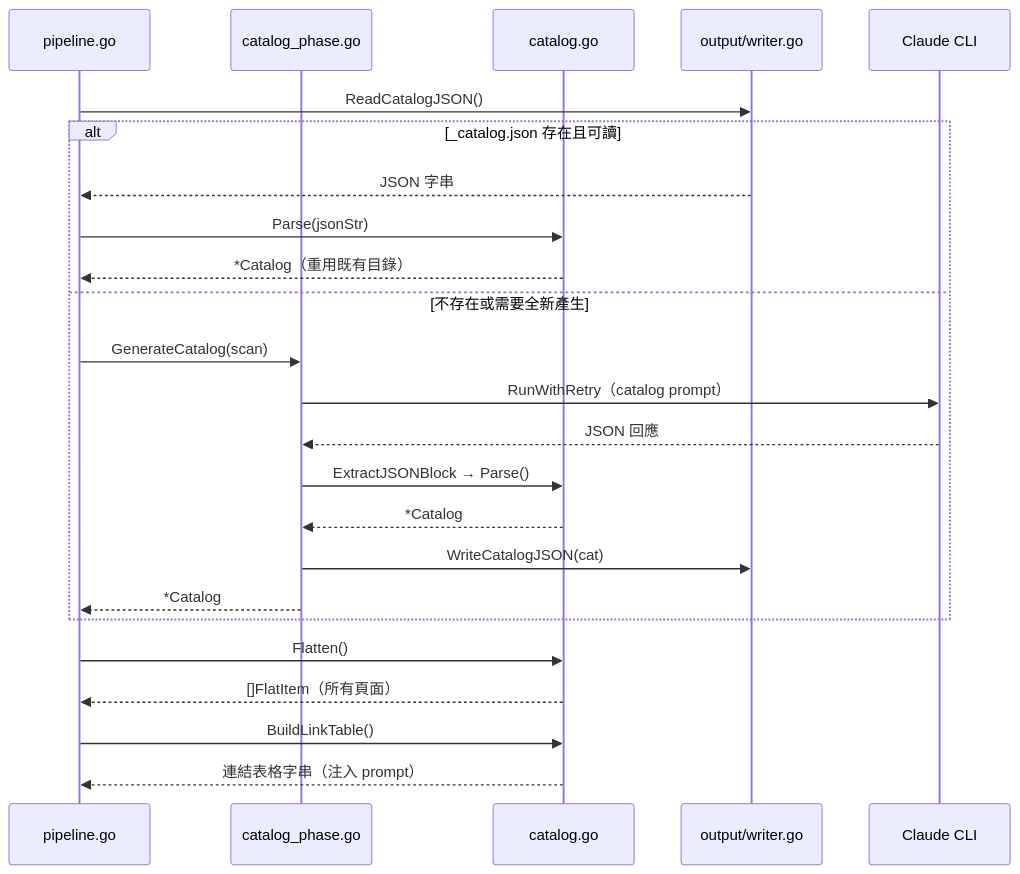
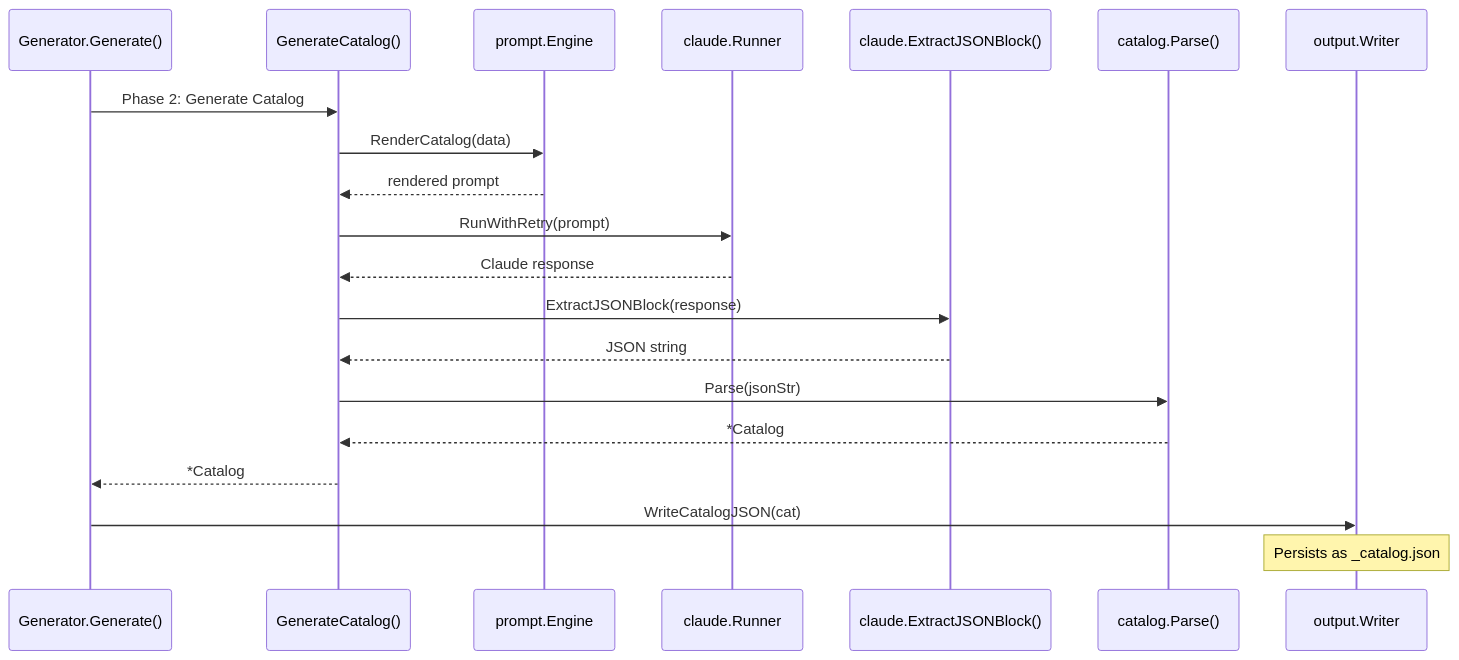
One commit to monkenWu/selfmd-claude-code changed the second of 2 diagrams in docs/core-modules/catalog/index.md. Above: the diagram before and after it, drawn with Mermaid. The commit also changed other lines of this file and 145 other files, not shown here.

````diff
--- a/docs/core-modules/catalog/index.md
+++ b/docs/core-modules/catalog/index.md
@@ -217,29 +130,23 @@
 ```mermaid
 sequenceDiagram
-    participant Pipeline as pipeline.go
-    participant CatalogPhase as catalog_phase.go
-    participant CatalogPkg as catalog.go
-    participant Writer as output/writer.go
-    participant Claude as Claude CLI
+    participant Pipeline as Generator.Generate()
+    participant CatPhase as GenerateCatalog()
+    participant Engine as prompt.Engine
+    participant Runner as claude.Runner
+    participant Parser as claude.ExtractJSONBlock()
+    participant CatPkg as catalog.Parse()
+    participant Writer as output.Writer
 
-    Pipeline->>Writer: ReadCatalogJSON()
-    alt _catalog.json 存在且可讀
-        Writer-->>Pipeline: JSON 字串
-        Pipeline->>CatalogPkg: Parse(jsonStr)
-        CatalogPkg-->>Pipeline: *Catalog（重用既有目錄）
-    else 不存在或需要全新產生
-        Pipeline->>CatalogPhase: GenerateCatalog(scan)
-        CatalogPhase->>Claude: RunWithRetry（catalog prompt）
-        Claude-->>CatalogPhase: JSON 回應
-        CatalogPhase->>CatalogPkg: ExtractJSONBlock → Parse()
-        CatalogPkg-->>CatalogPhase: *Catalog
-        CatalogPhase->>Writer: WriteCatalogJSON(cat)
-        CatalogPhase-->>Pipeline: *Catalog
-    end
-
-    Pipeline->>CatalogPkg: Flatten()
-    CatalogPkg-->>Pipeline: []FlatItem（所有頁面）
-
-    Pipeline->>CatalogPkg: BuildLinkTable()
-    CatalogPkg-->>Pipeline: 連結表格字串（注入 prompt）
+    Pipeline->>CatPhase: Phase 2: Generate Catalog
+    CatPhase->>Engine: RenderCatalog(data)
+    Engine-->>CatPhase: rendered prompt
+    CatPhase->>Runner: RunWithRetry(prompt)
+    Runner-->>CatPhase: Claude response
+    CatPhase->>Parser: ExtractJSONBlock(response)
+    Parser-->>CatPhase: JSON string
+    CatPhase->>CatPkg: Parse(jsonStr)
+    CatPkg-->>CatPhase: *Catalog
+    CatPhase-->>Pipeline: *Catalog
+    Pipeline->>Writer: WriteCatalogJSON(cat)
+    Note over Writer: Persists as _catalog.json
 ```
````
